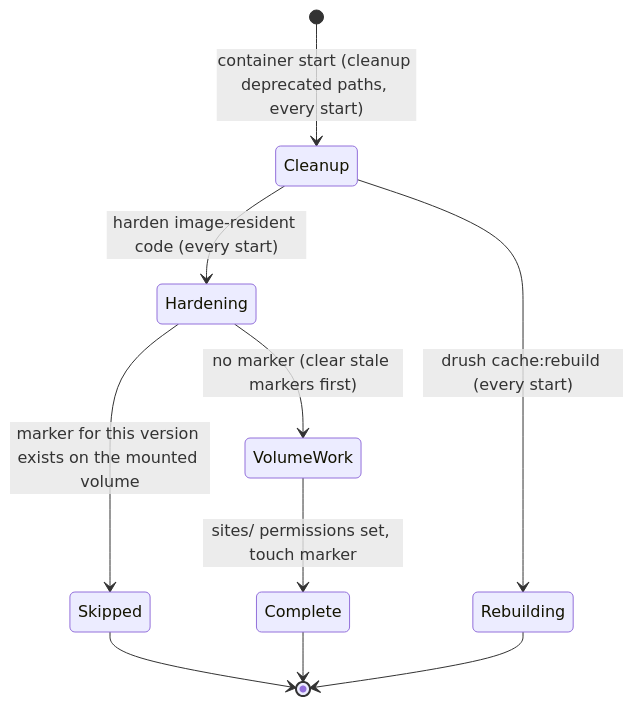
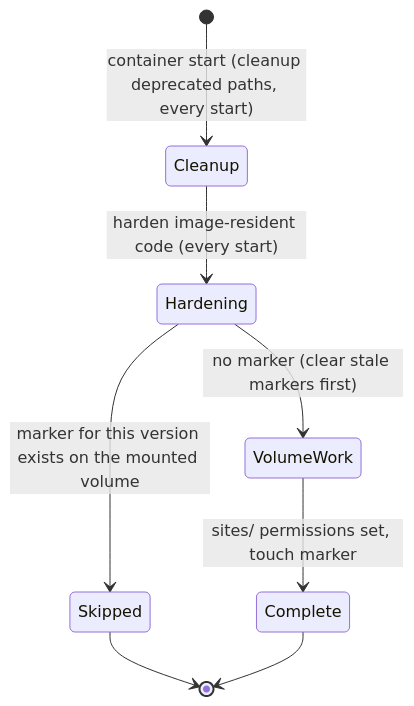
Before and after one commit to scbd/drupal-docker-wrapper: the diagram in docs/drupal-docker-wrapper.md, drawn with Mermaid. The commit also changed other lines of this file and 12 other files, not shown here.

````diff
--- a/docs/drupal-docker-wrapper.md
+++ b/docs/drupal-docker-wrapper.md
@@ -69,12 +72,10 @@
 ```mermaid
 stateDiagram-v2
   [*] --> Cleanup: container start (cleanup deprecated paths, every start)
   Cleanup --> Hardening: harden image-resident code (every start)
   Hardening --> Skipped: marker for this version exists on the mounted volume
   Hardening --> VolumeWork: no marker (clear stale markers first)
   VolumeWork --> Complete: sites/ permissions set, touch marker
-  Cleanup --> Rebuilding: drush cache:rebuild (every start)
   Skipped --> [*]
   Complete --> [*]
-  Rebuilding --> [*]
 ```
````
